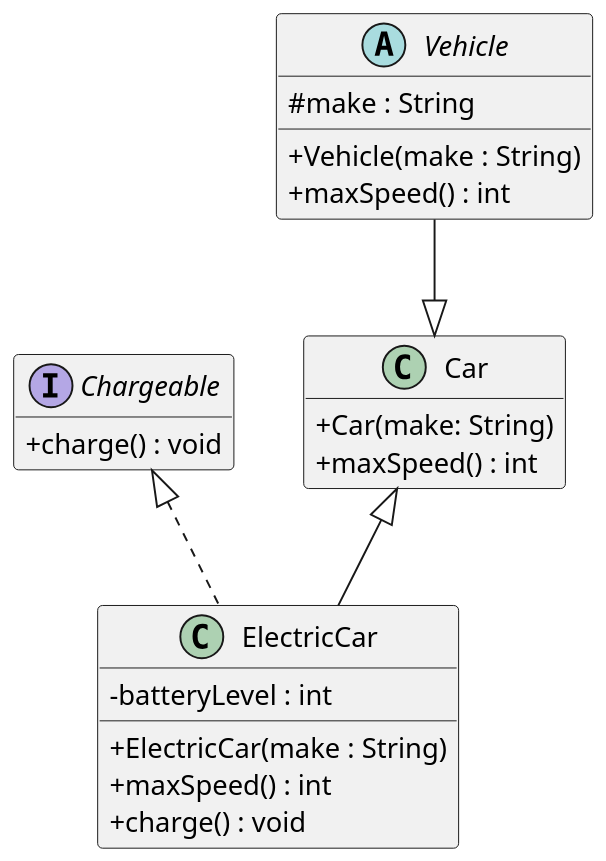
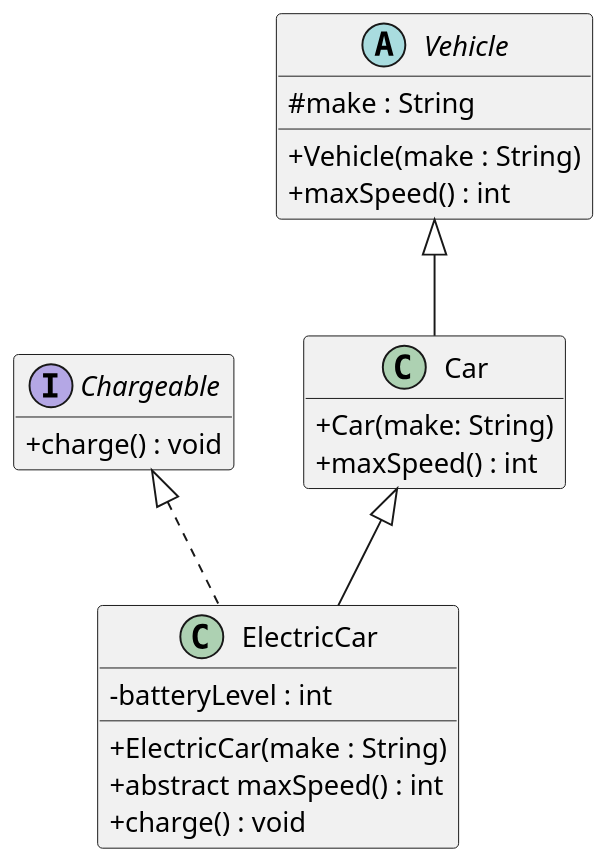
One commit to jkrz15/207-course-notes changed the diagram in plantuml/exercises/vehicles-uml-starter.puml. Above: the diagram before and after it, drawn with PlantUML.

Commit message:
made method abstract

```diff
--- a/plantuml/exercises/vehicles-uml-starter.puml
+++ b/plantuml/exercises/vehicles-uml-starter.puml
@@ -1,48 +1,48 @@
 @startuml
 skinparam dpi 150
 skinparam classAttributeIconSize 0
 hide empty members
 
 ' Your task (Chapter 3, Question 2): draw the UML class diagram for the
 ' Vehicle / Car / ElectricCar / Chargeable code.
 '
 ' Define each type as a box, then connect them with the right arrows. One box
 ' (Chargeable) is filled in as an example — complete the other three and add the
 ' relationships.
 '
 ' PlantUML cheat-sheet:
 '   interface Name { + method() : Type }
 '   abstract class Name { # field : Type }
 '   class Name { - field : Type }
 '   Parent    <|-- Child    ' generalization: Child extends Parent
 '   Interface <|.. Class    ' realization:    Class implements Interface
 ' (Putting the parent/interface on the LEFT of the arrow keeps it on top.)
 
 interface Chargeable {
   + charge() : void
 }
 
 abstract class Vehicle {
     # make : String
     + Vehicle(make : String)
     + maxSpeed() : int
 }
 
 class Car {
     + Car(make: String)
     + maxSpeed() : int
 }
 
 class ElectricCar {
     - batteryLevel : int
     + ElectricCar(make : String)
-    + maxSpeed() : int
+    + abstract maxSpeed() : int
     + charge() : void
 }
 
-Vehicle --|> Car
+Vehicle <|-- Car
 Car <|-- ElectricCar
 Chargeable <|.. ElectricCar
 
 
 @enduml
```
